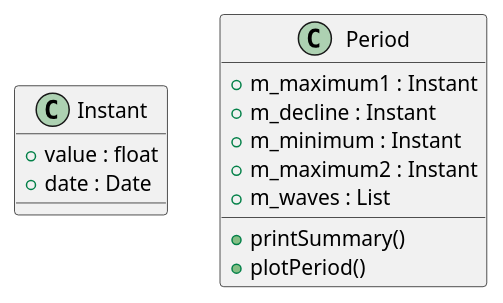
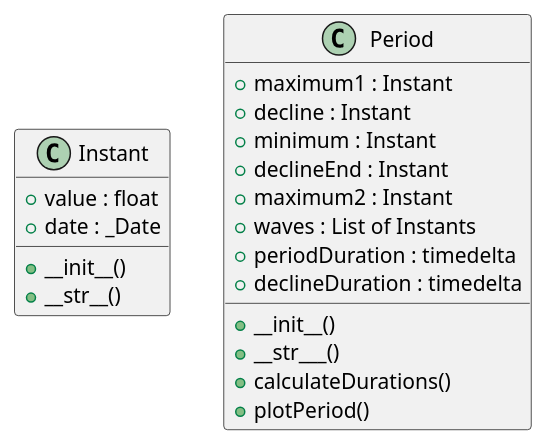
The diagram in docs/plan.md (argonur/finances), drawn with PlantUML before and after one commit. The commit also changed 4 other files, not shown here.

````diff
--- a/docs/plan.md
+++ b/docs/plan.md
@@ -3,23 +3,31 @@
 ```plantuml
 
 @startuml
 
 class Instant {
     +value : float
-    +date : Date
+    +date : _Date
+
+    +__init__()
+    +__str__()
 }
 
 class Period {
- +m_maximum1 : Instant
- +m_decline : Instant
- +m_minimum : Instant
- +m_maximum2 : Instant
- +m_waves : List
+ +maximum1 : Instant
+ +decline : Instant
+ +minimum : Instant
+ +declineEnd : Instant
+ +maximum2 : Instant
+ +waves : List of Instants
+ +periodDuration : timedelta
+ +declineDuration : timedelta
 
- +printSummary()
+ +__init__()
+ +__str___()
+ +calculateDurations()
  +plotPeriod()
 }
 
 @enduml
 
 ```
````
